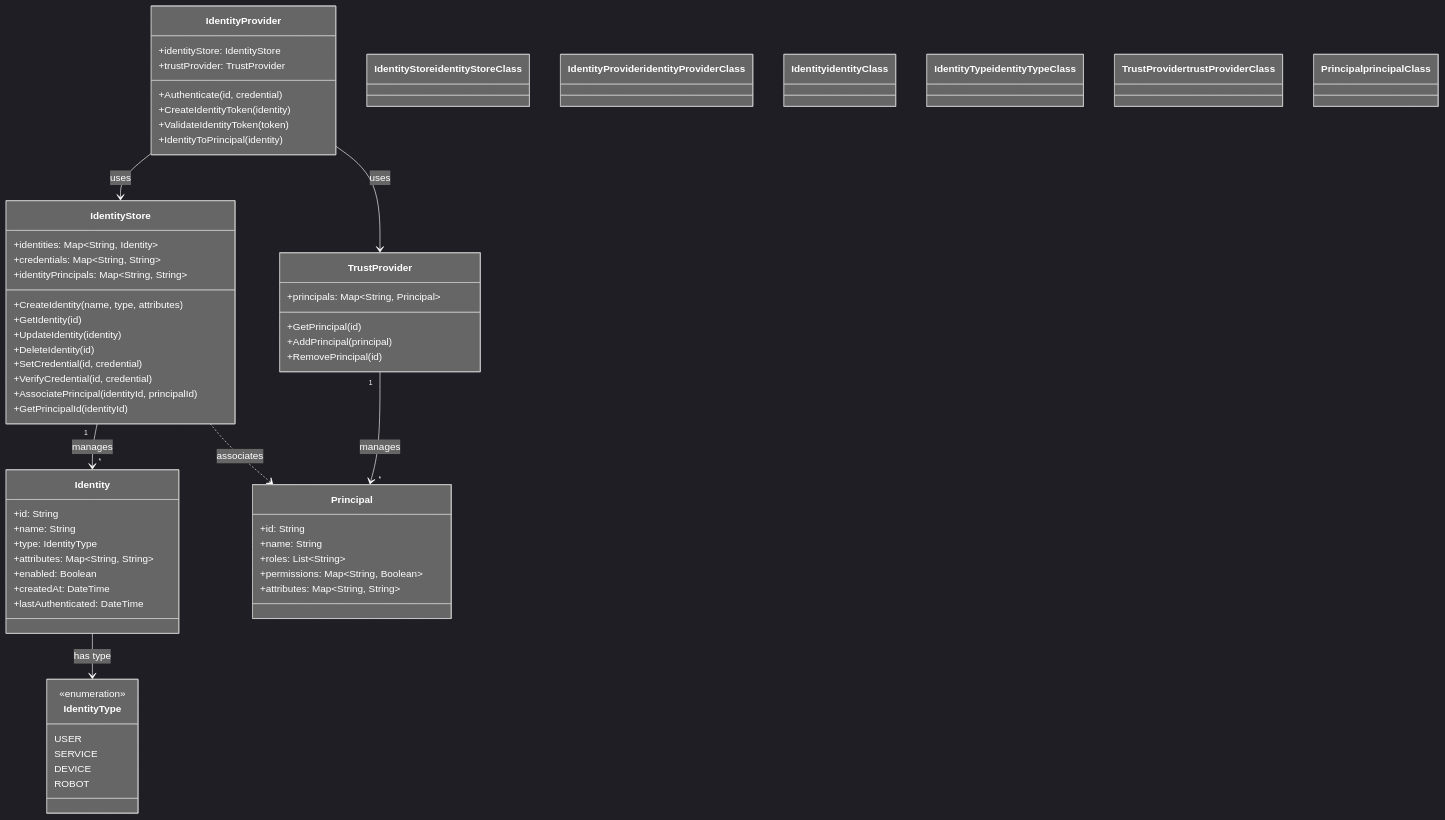
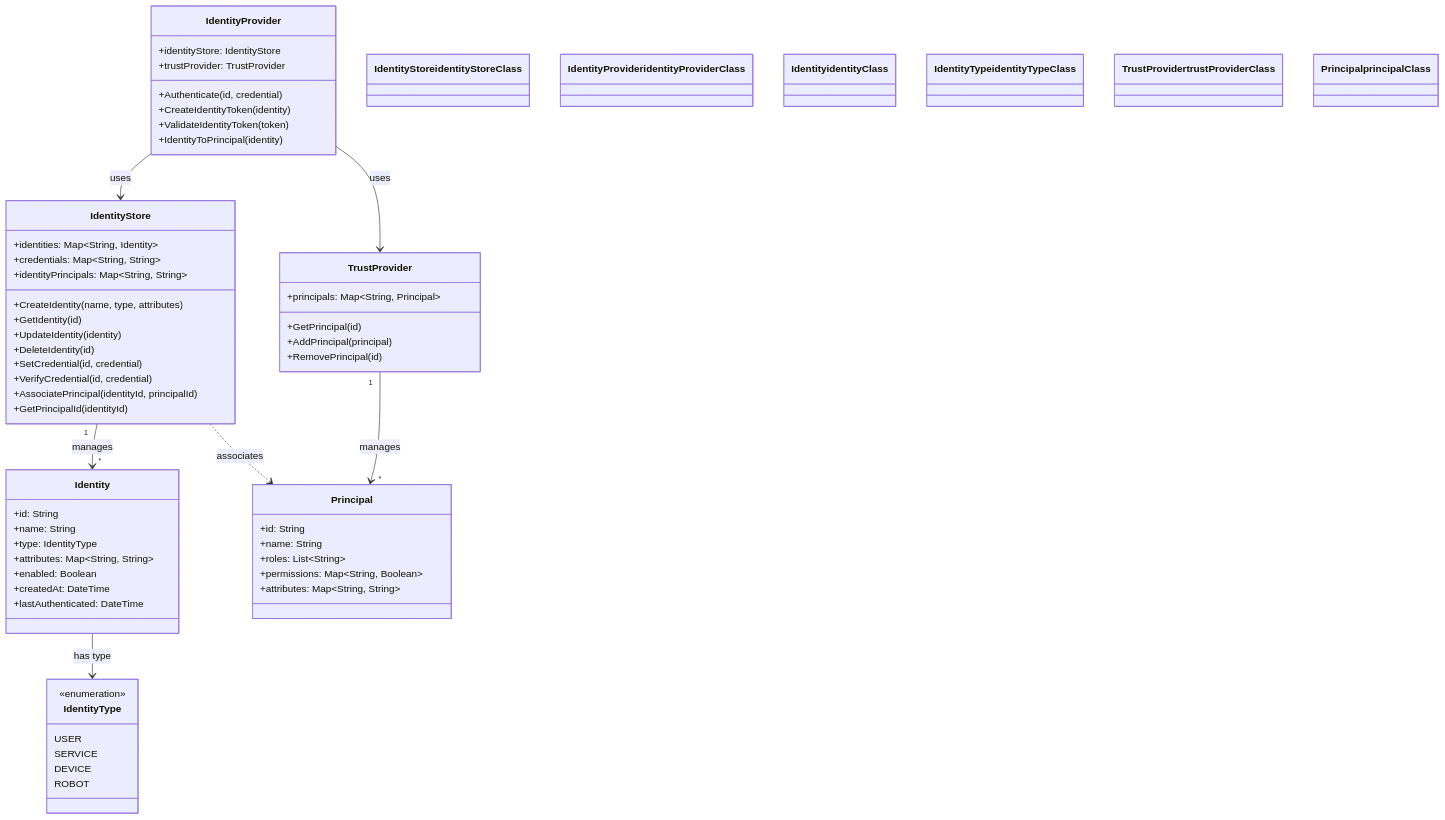
One commit to mbhatt1/ecps-sdk changed diagram 13 of 14 in DesignDoc.md. Above: the diagram before and after it, drawn with Mermaid. The commit also changed other lines of this file, not shown here.

Commit message:
Adding trust layer + fix diagrams

````diff
--- a/DesignDoc.md
+++ b/DesignDoc.md
@@ -894,81 +891,80 @@
 ```mermaid
-%%{init: {'theme': 'dark', 'themeVariables': { 'primaryColor': '#666666', 'primaryTextColor': '#ffffff', 'primaryBorderColor': '#999999', 'lineColor': '#ffffff', 'secondaryColor': '#777777', 'tertiaryColor': '#555555', 'background': '#2d2d2d', 'mainBkg': '#666666', 'secondBkg': '#777777', 'tertiaryColor': '#888888'}}}%%
 classDiagram
     IdentityStore "1" --> "*" Identity : manages
     IdentityProvider --> IdentityStore : uses
     IdentityProvider --> TrustProvider : uses
     Identity --> IdentityType : has type
     TrustProvider "1" --> "*" Principal : manages
     IdentityStore ..> Principal : associates
     
     class IdentityStore {
         +identities: Map~String, Identity~
         +credentials: Map~String, String~
         +identityPrincipals: Map~String, String~
         +CreateIdentity(name, type, attributes)
         +GetIdentity(id)
         +UpdateIdentity(identity)
         +DeleteIdentity(id)
         +SetCredential(id, credential)
         +VerifyCredential(id, credential)
         +AssociatePrincipal(identityId, principalId)
         +GetPrincipalId(identityId)
     }
     
     class IdentityProvider {
         +identityStore: IdentityStore
         +trustProvider: TrustProvider
         +Authenticate(id, credential)
         +CreateIdentityToken(identity)
         +ValidateIdentityToken(token)
         +IdentityToPrincipal(identity)
     }
     
     class Identity {
         +id: String
         +name: String
         +type: IdentityType
         +attributes: Map~String, String~
         +enabled: Boolean
         +createdAt: DateTime
         +lastAuthenticated: DateTime
     }
     
     class IdentityType {
         <<enumeration>>
         USER
         SERVICE
         DEVICE
         ROBOT
     }
     
     class TrustProvider {
         +principals: Map~String, Principal~
         +GetPrincipal(id)
         +AddPrincipal(principal)
         +RemovePrincipal(id)
     }
     
     class Principal {
         +id: String
         +name: String
         +roles: List~String~
         +permissions: Map~String, Boolean~
         +attributes: Map~String, String~
     }
     
     %% Apply styling
-    classDef identityStoreClass fill:#666666,stroke:#999999,color:#ffffff
-    classDef identityProviderClass fill:#777777,stroke:#999999,color:#ffffff
-    classDef identityClass fill:#888888,stroke:#999999,color:#ffffff
-    classDef identityTypeClass fill:#999999,stroke:#bbbbbb,color:#ffffff
-    classDef trustProviderClass fill:#555555,stroke:#999999,color:#ffffff
-    classDef principalClass fill:#aaaaaa,stroke:#cccccc,color:#ffffff
+    classDef identityStoreClass fill:#404040,stroke:#ffffff,color:#ffffff
+    classDef identityProviderClass fill:#505050,stroke:#ffffff,color:#ffffff
+    classDef identityClass fill:#606060,stroke:#ffffff,color:#ffffff
+    classDef identityTypeClass fill:#707070,stroke:#ffffff,color:#ffffff
+    classDef trustProviderClass fill:#808080,stroke:#ffffff,color:#ffffff
+    classDef principalClass fill:#909090,stroke:#ffffff,color:#ffffff
     
     class IdentityStore identityStoreClass
     class IdentityProvider identityProviderClass
     class Identity identityClass
     class IdentityType identityTypeClass
     class TrustProvider trustProviderClass
     class Principal principalClass
 ```
````
